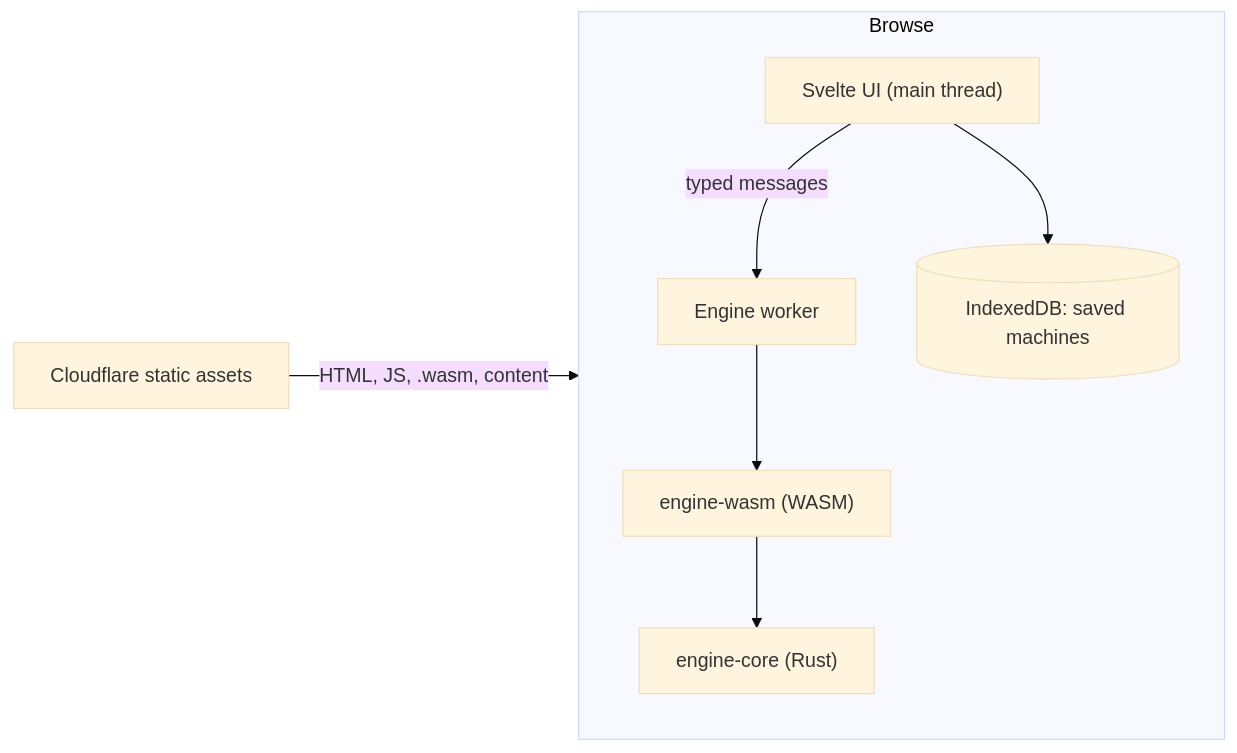
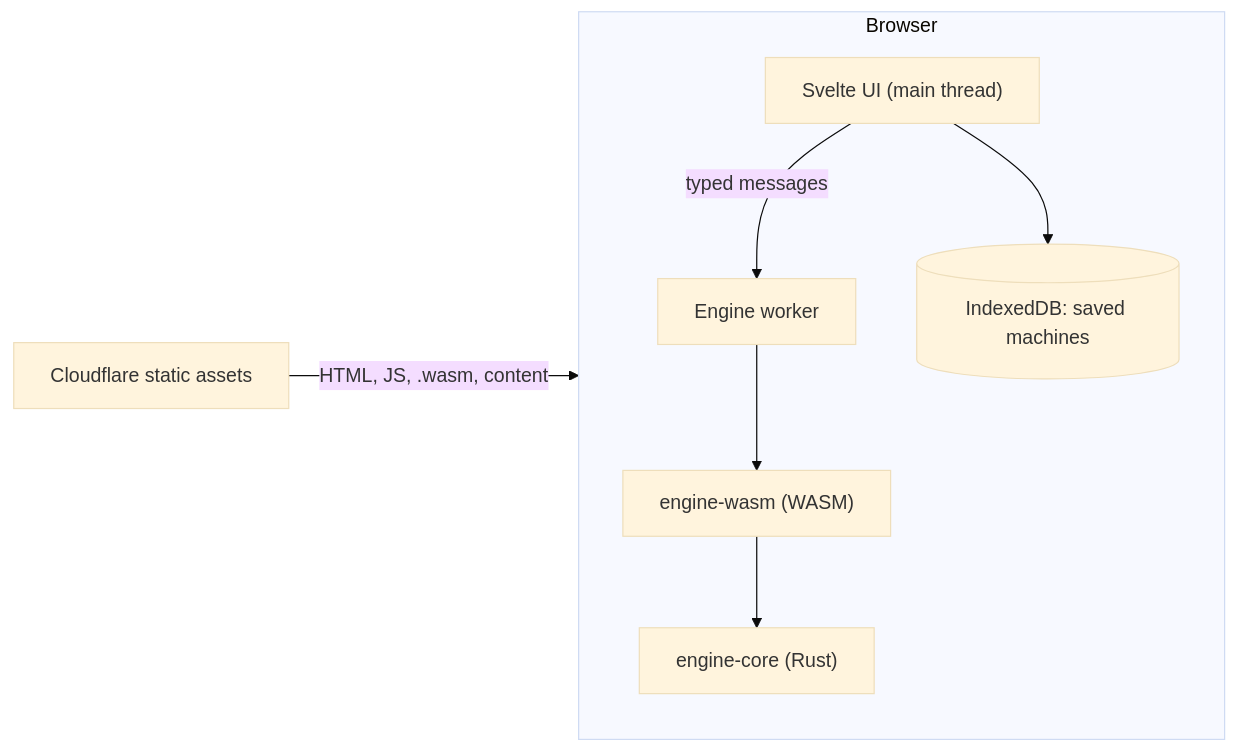
One commit to AldebaranHere/webtomata changed the diagram in docs/ARCHITECTURE.md. Above: the diagram before and after it, drawn with Mermaid (base theme). The commit also changed other lines of this file and 4 other files, not shown here.

Commit message:
fix(editor): restore PLAN.md and ARCHITECTURE.md and add pdaDocumentsEqual and batch limit tests

````diff
--- a/docs/ARCHITECTURE.md
+++ b/docs/ARCHITECTURE.md
@@ -5,10 +5,10 @@
 ```mermaid
 flowchart LR
-  subgraph Browse
+  subgraph Browser
     UI["Svelte UI (main thread)"] -- "typed messages" --> W["Engine worker"]
     W --> E["engine-wasm (WASM)"]
     E --> C["engine-core (Rust)"]
     UI --> S[("IndexedDB: saved machines")]
   end
-  CDN["Cloudflare static assets"] -- "HTML, JS, .wasm, content" --> Browse
+  CDN["Cloudflare static assets"] -- "HTML, JS, .wasm, content" --> Browser
 ```
````
